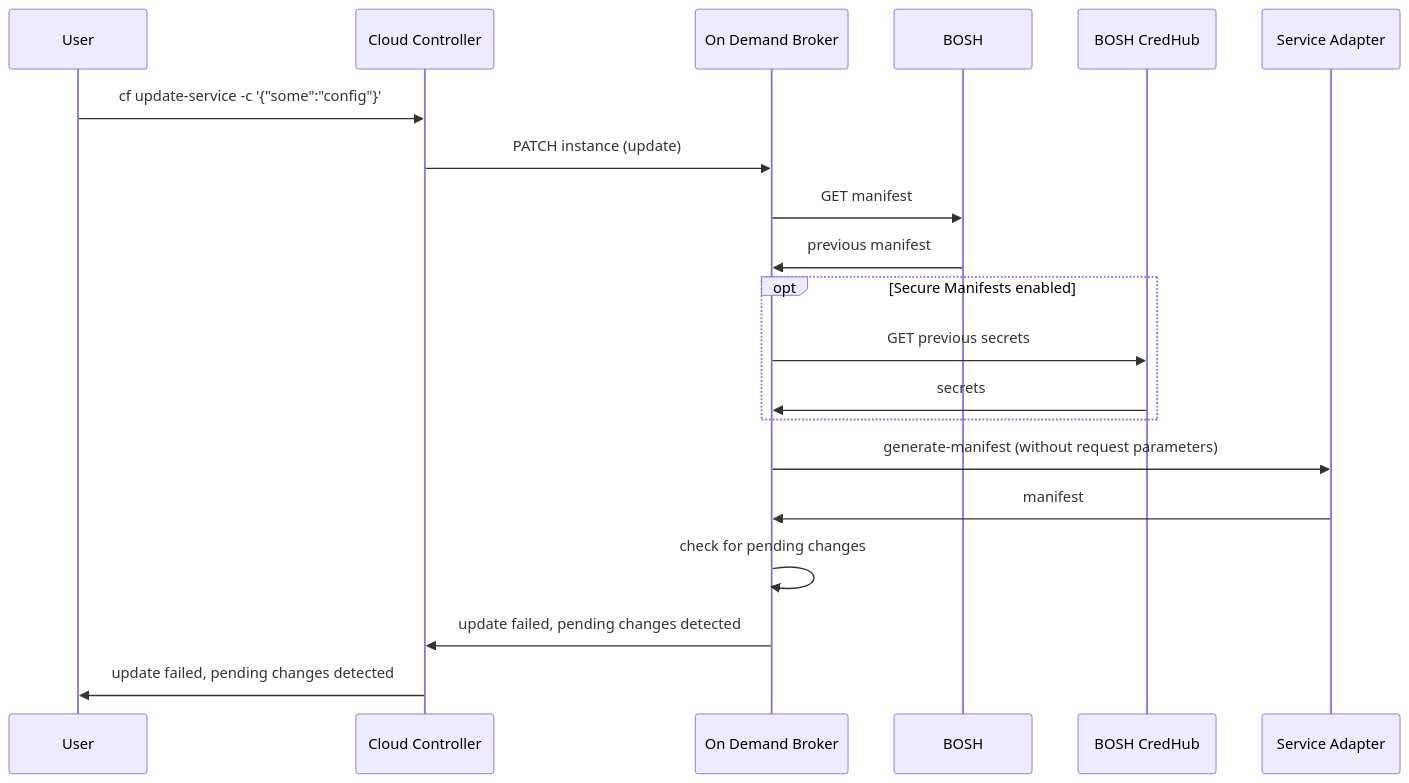
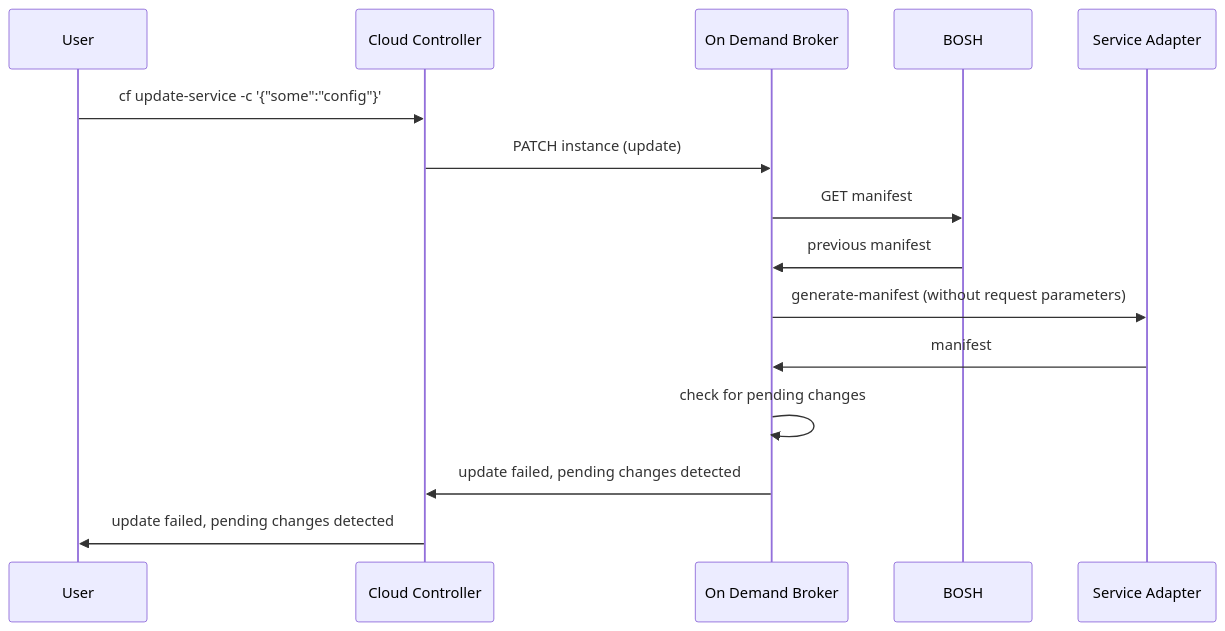
One commit to pivotal-cf/docs-on-demand-service-broker changed the diagram in mmd/update_service_with_pending_changes_workflow.mmd. Above: the diagram before and after it, drawn with Mermaid. The commit also changed 9 other files, not shown here.

```diff
--- a/mmd/update_service_with_pending_changes_workflow.mmd
+++ b/mmd/update_service_with_pending_changes_workflow.mmd
@@ -1,16 +1,12 @@
 <div class="mermaid">
   sequenceDiagram
   User->> Cloud Controller: cf update-service -c '{"some":"config"}'
   Cloud Controller->> On Demand Broker: PATCH instance (update)
   On Demand Broker->>BOSH:GET manifest
   BOSH->>On Demand Broker:previous manifest
-  opt Secure Manifests enabled
-    On Demand Broker->>BOSH CredHub: GET previous secrets
-    BOSH CredHub->>On Demand Broker: secrets
-  end
   On Demand Broker->>Service Adapter: generate-manifest (without request parameters)
   Service Adapter->>On Demand Broker: manifest
   On Demand Broker->>On Demand Broker: check for pending changes
   On Demand Broker->>Cloud Controller: update failed, pending changes detected
   Cloud Controller->>User: update failed, pending changes detected
 </div>
```
